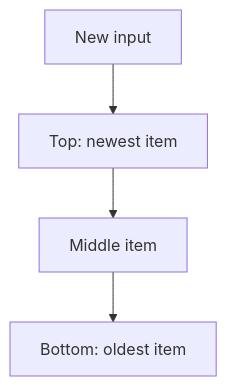
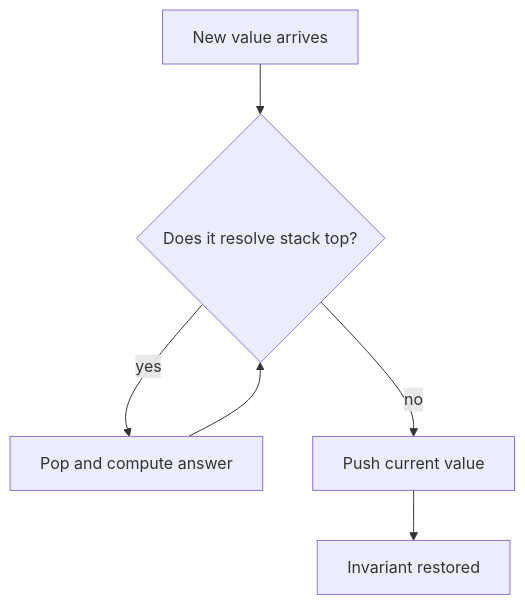
The diagram in stack/README.md (Icon1cc/Data-Structures-and-Algorithms), drawn with Mermaid before and after one commit. The commit also changed other lines of this file and 112 other files, not shown here.

````diff
--- a/stack/README.md
+++ b/stack/README.md
@@ -65,8 +60,8 @@
 ```mermaid
-flowchart TB
-    T[Top: newest item]
-    M[Middle item]
-    B[Bottom: oldest item]
-    T --> M --> B
-    N[New input] --> T
+flowchart TD
+    A[New value arrives] --> B{Does it resolve stack top?}
+    B -->|yes| C[Pop and compute answer]
+    C --> B
+    B -->|no| D[Push current value]
+    D --> E[Invariant restored]
 ```
````
